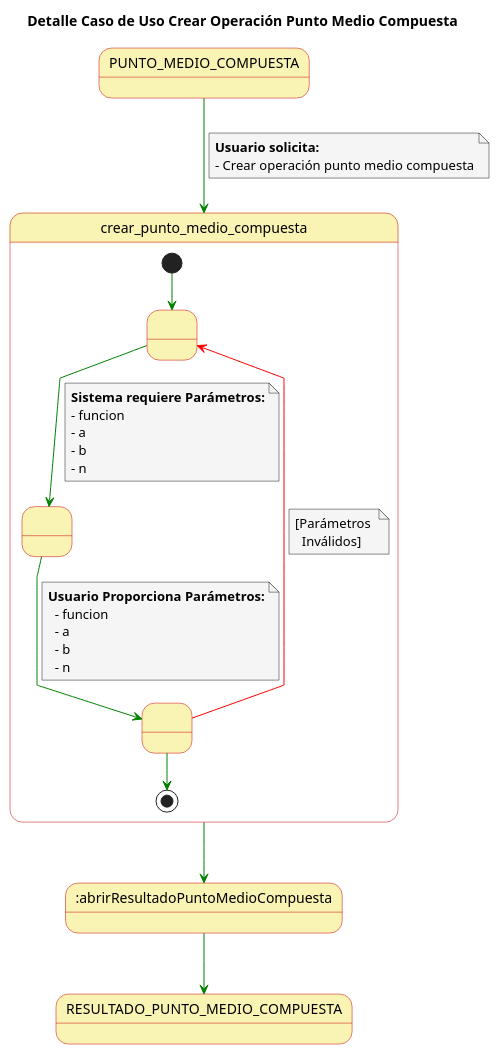
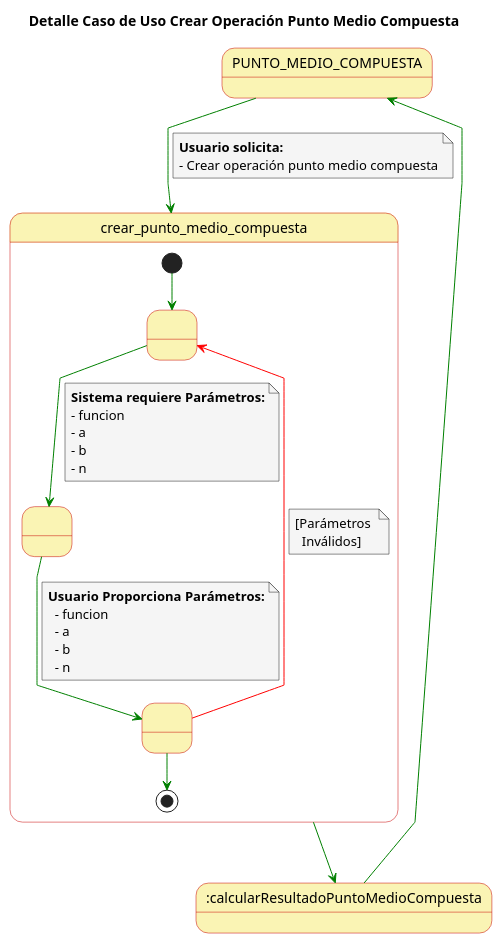
The diagram in casosDeUso/detallesCasosUsoDiferenciacionNumericaEIntegracion/detalleCasoUsoCrearPuntoMedioCompuesta.puml (rodri5villa/numath-API), drawn with PlantUML before and after one commit. The commit also changed 148 other files, not shown here.

```diff
--- a/casosDeUso/detallesCasosUsoDiferenciacionNumericaEIntegracion/detalleCasoUsoCrearPuntoMedioCompuesta.puml
+++ b/casosDeUso/detallesCasosUsoDiferenciacionNumericaEIntegracion/detalleCasoUsoCrearPuntoMedioCompuesta.puml
@@ -1,58 +1,61 @@
 @startuml
+
+top to bottom direction
 
 skinparam state {
   BackgroundColor #faf4b4
   BorderColor #c90000
 }
 
 skinparam note {
   BackgroundColor #f5f5f5
 }
 
 skinparam linetype polyline
 
 title Detalle Caso de Uso Crear Operación Punto Medio Compuesta
 
+state PUNTO_MEDIO_COMPUESTA
 
 PUNTO_MEDIO_COMPUESTA-[#green]-> crear_punto_medio_compuesta
 note on link
   **Usuario solicita:**
   - Crear operación punto medio compuesta
 end note
 
 state crear_punto_medio_compuesta{
   state 1 as " "
   state 2 as " "
   state 3 as " "
   
   [*] -[#green]-> 1
   1 -[#green]-> 2
   note on link
       **Sistema requiere Parámetros:**
       - funcion
       - a
       - b
       - n
   end note
   2 -[#green]-> 3
   note on link
     **Usuario Proporciona Parámetros:**
       - funcion
       - a
       - b
       - n
   end note
   3 -[#red]-> 1
   note on link
     [Parámetros 
       Inválidos]
   end note
   3 -[#green]-> [*]
 
 }
 
-crear_punto_medio_compuesta-[#green]-> :abrirResultadoPuntoMedioCompuesta
+crear_punto_medio_compuesta-[#green]-> :calcularResultadoPuntoMedioCompuesta
 
-:abrirResultadoPuntoMedioCompuesta-[#green]-> RESULTADO_PUNTO_MEDIO_COMPUESTA
+:calcularResultadoPuntoMedioCompuesta-[#green]-> PUNTO_MEDIO_COMPUESTA
 
 @enduml
```
